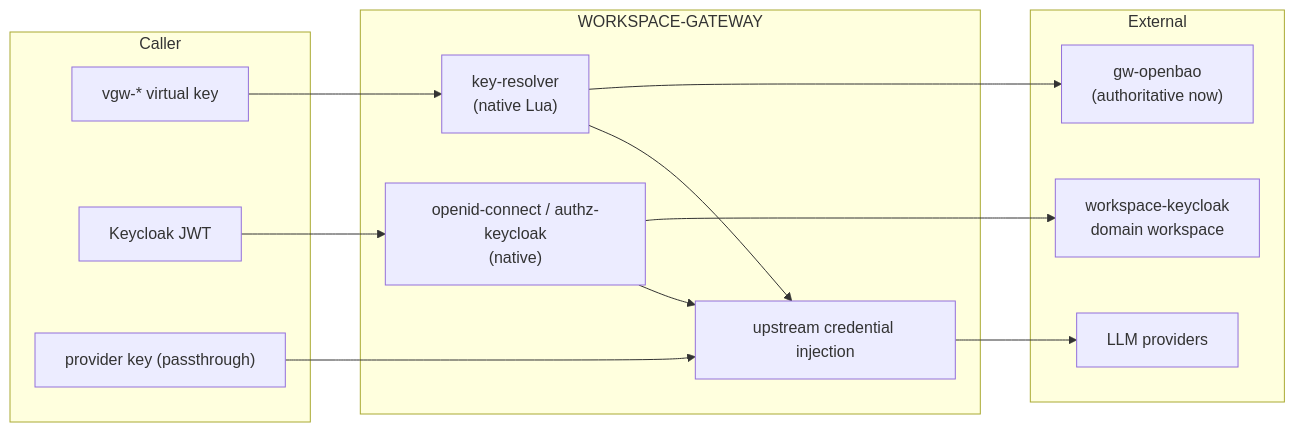
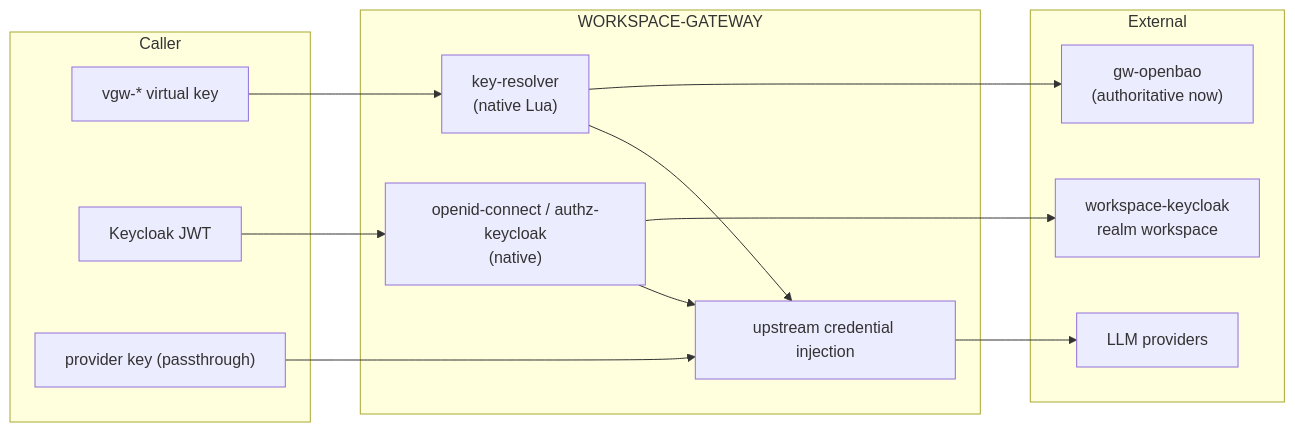
The diagram in docs/architecture/AUTH-MODEL.md (Independent-AI-Labs/WORKSPACE-GATEWAY), drawn with Mermaid before and after one commit. The commit also changed 4 other files, not shown here.

First line of the commit message:
docs: restore Keycloak realm term and exempt the platform literal

````diff
--- a/docs/architecture/AUTH-MODEL.md
+++ b/docs/architecture/AUTH-MODEL.md
@@ -27,27 +27,27 @@
 ```mermaid
 flowchart LR
     subgraph caller [Caller]
       VK["vgw-* virtual key"] 
       JWT["Keycloak JWT"]
       RAW["provider key (passthrough)"]
     end
 
     subgraph gw [WORKSPACE-GATEWAY]
       KR["key-resolver<br/>(native Lua)"]
       OIDC["openid-connect / authz-keycloak<br/>(native)"]
       UP["upstream credential injection"]
     end
 
     subgraph ext [External]
-      KC["workspace-keycloak<br/>domain workspace"]
+      KC["workspace-keycloak<br/>realm workspace"]
       BAO["gw-openbao<br/>(authoritative now)"]
       PROV["LLM providers"]
     end
 
     VK --> KR --> BAO
     JWT --> OIDC --> KC
     RAW --> UP
     KR --> UP
     OIDC --> UP
     UP --> PROV
 ```
````
